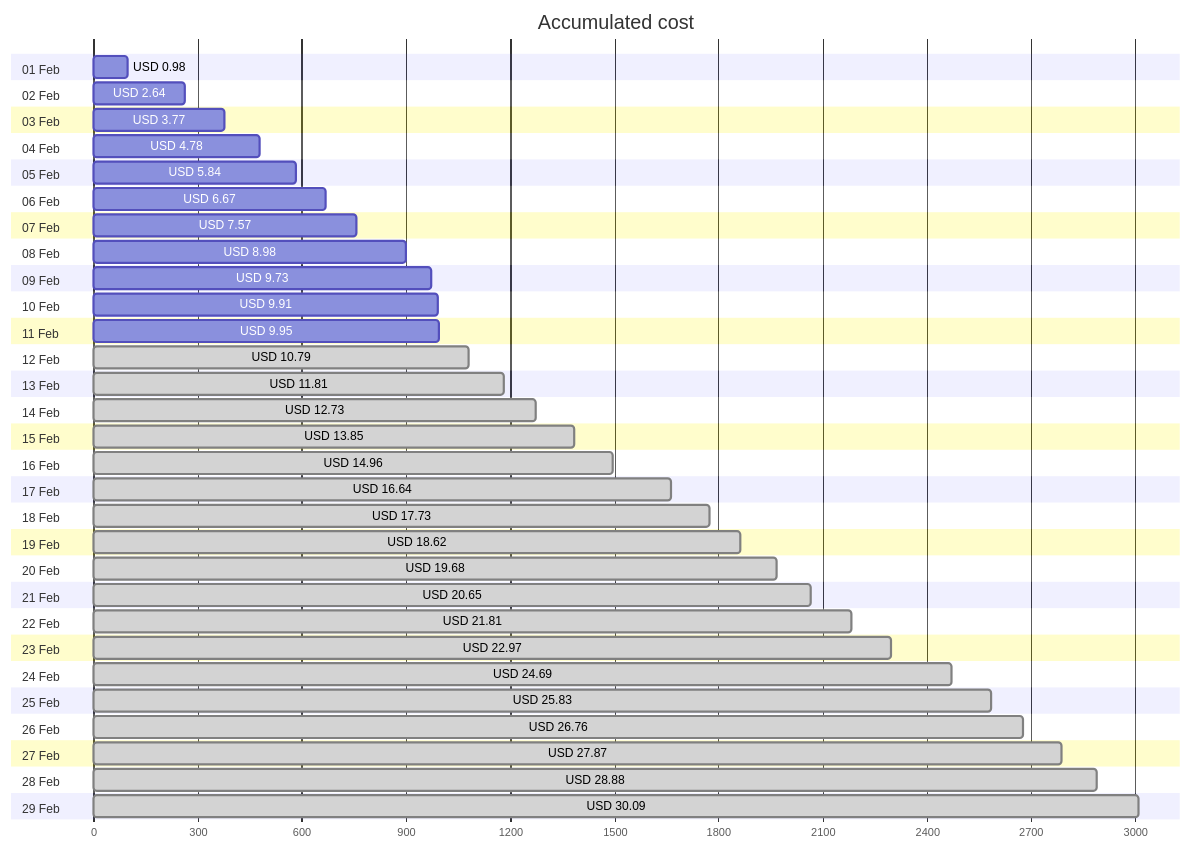
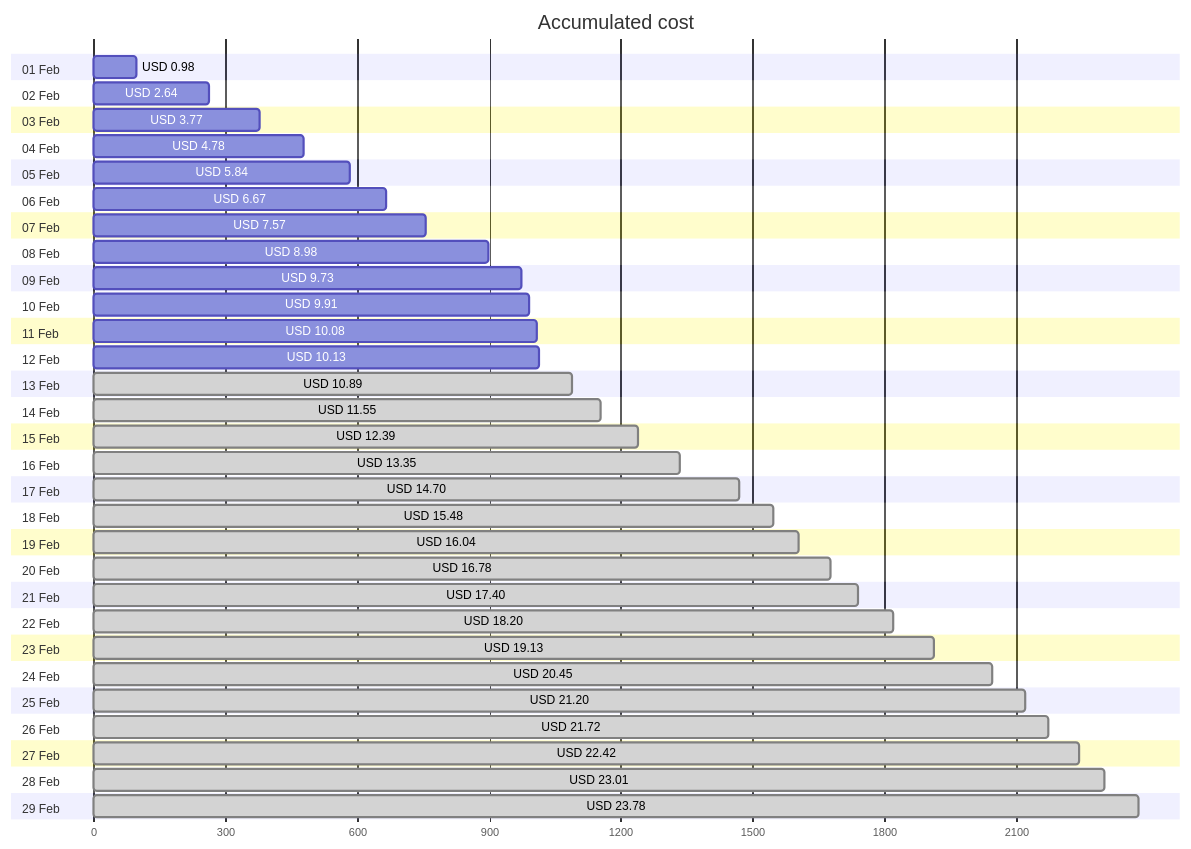
One commit to jpfulton/azure-personal-reports changed the first of 4 diagrams in cost-reports/personal-network/vpn-server.md. Above: the diagram before and after it, drawn with Mermaid. The commit also changed other lines of this file and 8 other files, not shown here.

````diff
--- a/cost-reports/personal-network/vpn-server.md
+++ b/cost-reports/personal-network/vpn-server.md
@@ -20,64 +20,64 @@
 ```mermaid
 gantt
    title Accumulated cost
    dateFormat  X
    axisFormat %s
    section 01 Feb
    USD 0.98 :0, 98
    section 02 Feb
    USD 2.64 :0, 264
    section 03 Feb
    USD 3.77 :0, 377
    section 04 Feb
    USD 4.78 :0, 478
    section 05 Feb
    USD 5.84 :0, 584
    section 06 Feb
    USD 6.67 :0, 667
    section 07 Feb
    USD 7.57 :0, 757
    section 08 Feb
    USD 8.98 :0, 898
    section 09 Feb
    USD 9.73 :0, 973
    section 10 Feb
    USD 9.91 :0, 991
    section 11 Feb
-   USD 9.95 :0, 995
+   USD 10.08 :0, 1008
    section 12 Feb
-   USD 10.79 : done, 0, 1079
+   USD 10.13 :0, 1013
    section 13 Feb
-   USD 11.81 : done, 0, 1181
+   USD 10.89 : done, 0, 1089
    section 14 Feb
-   USD 12.73 : done, 0, 1273
+   USD 11.55 : done, 0, 1155
    section 15 Feb
-   USD 13.85 : done, 0, 1385
+   USD 12.39 : done, 0, 1239
    section 16 Feb
-   USD 14.96 : done, 0, 1496
+   USD 13.35 : done, 0, 1335
    section 17 Feb
-   USD 16.64 : done, 0, 1664
+   USD 14.70 : done, 0, 1470
    section 18 Feb
-   USD 17.73 : done, 0, 1773
+   USD 15.48 : done, 0, 1548
    section 19 Feb
-   USD 18.62 : done, 0, 1862
+   USD 16.04 : done, 0, 1604
    section 20 Feb
-   USD 19.68 : done, 0, 1968
+   USD 16.78 : done, 0, 1678
    section 21 Feb
-   USD 20.65 : done, 0, 2065
+   USD 17.40 : done, 0, 1740
    section 22 Feb
-   USD 21.81 : done, 0, 2181
+   USD 18.20 : done, 0, 1820
    section 23 Feb
-   USD 22.97 : done, 0, 2297
+   USD 19.13 : done, 0, 1913
    section 24 Feb
-   USD 24.69 : done, 0, 2469
+   USD 20.45 : done, 0, 2045
    section 25 Feb
-   USD 25.83 : done, 0, 2583
+   USD 21.20 : done, 0, 2120
    section 26 Feb
-   USD 26.76 : done, 0, 2676
+   USD 21.72 : done, 0, 2172
    section 27 Feb
-   USD 27.87 : done, 0, 2787
+   USD 22.42 : done, 0, 2242
    section 28 Feb
-   USD 28.88 : done, 0, 2888
+   USD 23.01 : done, 0, 2301
    section 29 Feb
-   USD 30.09 : done, 0, 3009
+   USD 23.78 : done, 0, 2378
 ```
````
